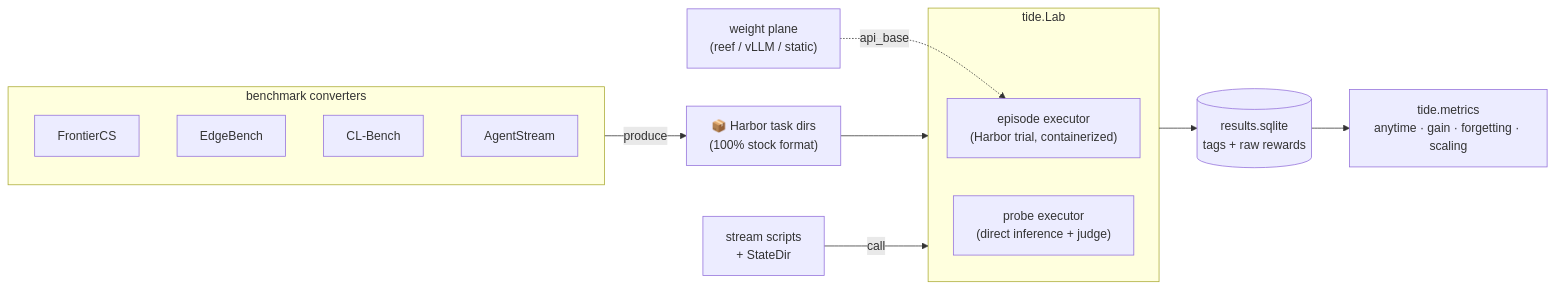
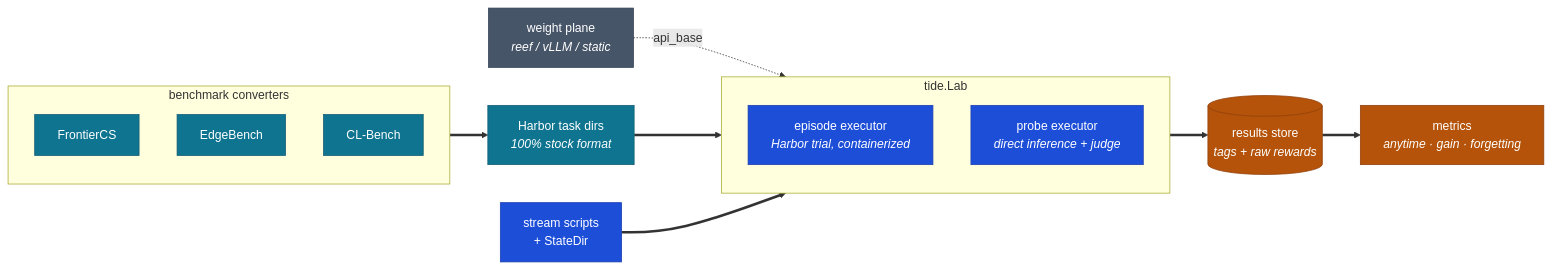
Before and after one commit to Human-Agent-Society/tide-eval: the first of 5 diagrams in README.md, drawn with Mermaid. The commit also changed other lines of this file and 26 other files, not shown here.

First line of the commit message:
Polish to release quality: prose, diagrams, CI, and real benchmark entry points

````diff
--- a/README.md
+++ b/README.md
@@ -25,18 +39,30 @@
 ```mermaid
+%%{init: {"flowchart": {"curve": "basis"}}}%%
 flowchart LR
-    subgraph converters["benchmark converters"]
-        FC[FrontierCS] & EB[EdgeBench] & CLB[CL-Bench] & AS[AgentStream]
+    subgraph conv[" benchmark converters "]
+        direction TB
+        FC[FrontierCS]
+        EB[EdgeBench]
+        CLB[CL-Bench]
     end
-    converters -->|produce| T["📦 Harbor task dirs<br/>(100% stock format)"]
-    T --> LAB
+    conv ==> T["Harbor task dirs<br/><i>100% stock format</i>"]
+    T ==> LAB
+    subgraph LAB[" tide.Lab "]
+        direction TB
+        EX["episode executor<br/><i>Harbor trial, containerized</i>"]
+        PR["probe executor<br/><i>direct inference + judge</i>"]
+    end
+    SS["stream scripts<br/>+ StateDir"] ==> LAB
+    LAB ==> ST[("results store<br/><i>tags + raw rewards</i>")]
+    ST ==> M["metrics<br/><i>anytime · gain · forgetting</i>"]
+    W["weight plane<br/><i>reef / vLLM / static</i>"] -.->|api_base| EX
 
-    subgraph LAB["tide.Lab"]
-        EX["episode executor<br/>(Harbor trial, containerized)"]
-        PR["probe executor<br/>(direct inference + judge)"]
-    end
-    LAB --> ST[("results.sqlite<br/>tags + raw rewards")]
-    ST --> M["tide.metrics<br/>anytime · gain · forgetting · scaling"]
-
-    S["stream scripts<br/>+ StateDir"] -->|call| LAB
-    W["weight plane<br/>(reef / vLLM / static)"] -.->|api_base| EX
+    classDef tasks fill:#0e7490,stroke:#155e75,color:#ffffff
+    classDef core fill:#1d4ed8,stroke:#1e40af,color:#ffffff
+    classDef data fill:#b45309,stroke:#92400e,color:#ffffff
+    classDef ext fill:#475569,stroke:#334155,color:#ffffff
+    class FC,EB,CLB,T tasks
+    class EX,PR,SS core
+    class ST,M data
+    class W ext
 ```
````
